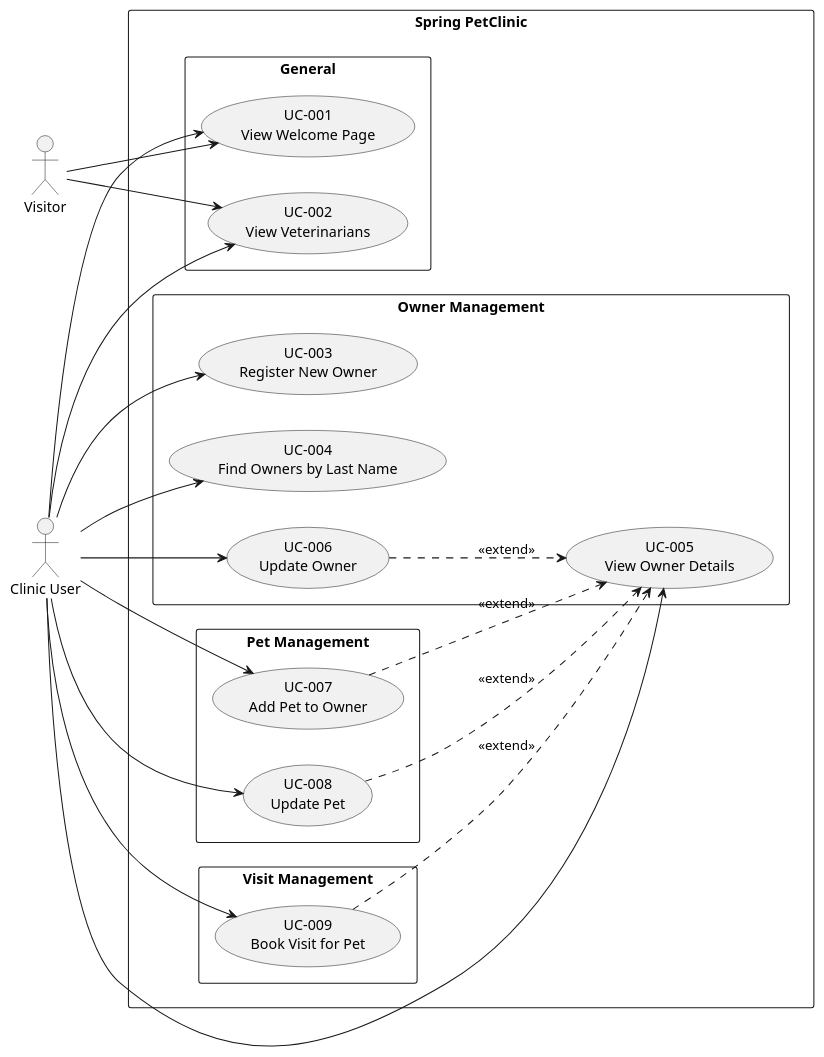
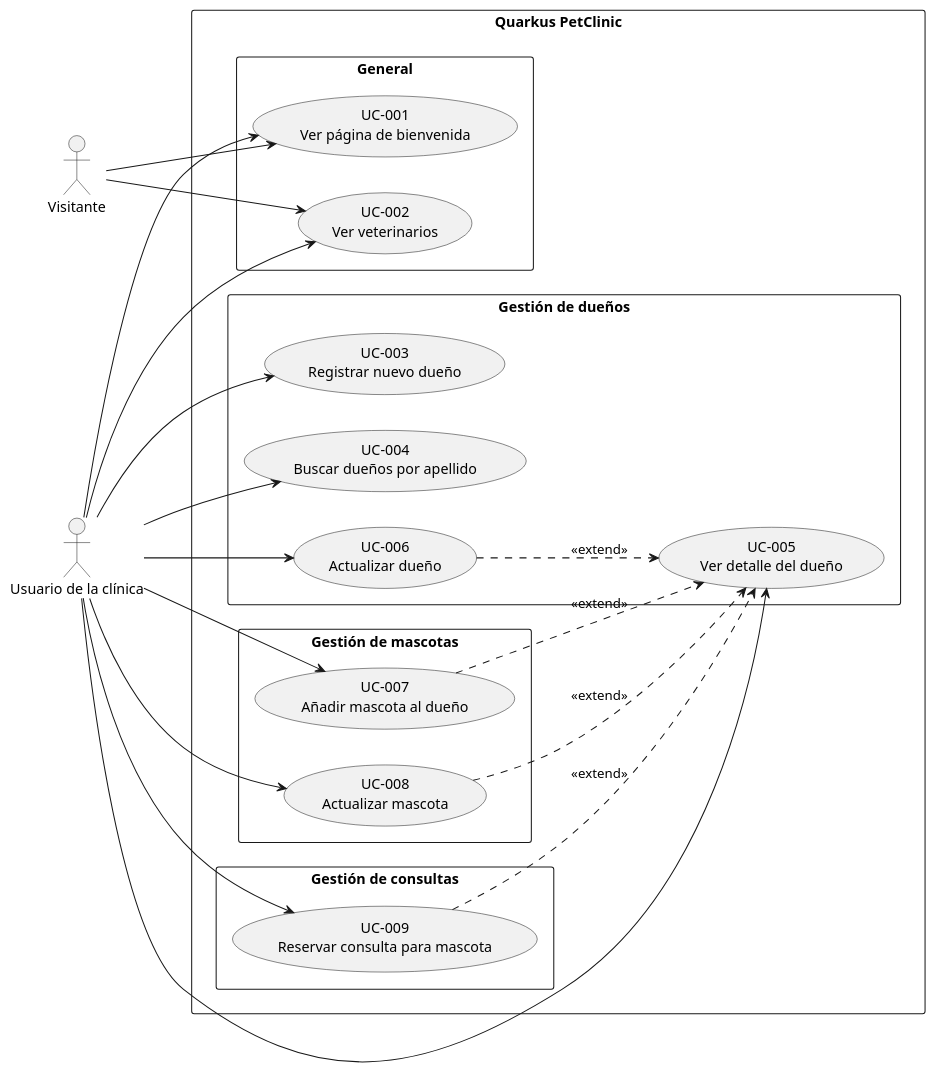
The diagram in docs/use_cases.puml (joedayz/sdd-petclinic), drawn with PlantUML before and after one commit. The commit also changed 20 other files, not shown here.

```diff
--- a/docs/use_cases.puml
+++ b/docs/use_cases.puml
@@ -1,53 +1,53 @@
-@startuml Use Cases Overview
+@startuml Resumen de casos de uso
 left to right direction
 skinparam packageStyle rectangle
 
-actor "Visitor" as visitor
-actor "Clinic User" as user
+actor "Visitante" as visitor
+actor "Usuario de la clínica" as user
 
-rectangle "Spring PetClinic" {
+rectangle "Quarkus PetClinic" {
 
     package "General" {
-        usecase "UC-001\nView Welcome Page" as UC001
-        usecase "UC-002\nView Veterinarians" as UC002
+        usecase "UC-001\nVer página de bienvenida" as UC001
+        usecase "UC-002\nVer veterinarios" as UC002
     }
 
-    package "Owner Management" {
-        usecase "UC-003\nRegister New Owner" as UC003
-        usecase "UC-004\nFind Owners by Last Name" as UC004
-        usecase "UC-005\nView Owner Details" as UC005
-        usecase "UC-006\nUpdate Owner" as UC006
+    package "Gestión de dueños" {
+        usecase "UC-003\nRegistrar nuevo dueño" as UC003
+        usecase "UC-004\nBuscar dueños por apellido" as UC004
+        usecase "UC-005\nVer detalle del dueño" as UC005
+        usecase "UC-006\nActualizar dueño" as UC006
     }
 
-    package "Pet Management" {
-        usecase "UC-007\nAdd Pet to Owner" as UC007
-        usecase "UC-008\nUpdate Pet" as UC008
+    package "Gestión de mascotas" {
+        usecase "UC-007\nAñadir mascota al dueño" as UC007
+        usecase "UC-008\nActualizar mascota" as UC008
     }
 
-    package "Visit Management" {
-        usecase "UC-009\nBook Visit for Pet" as UC009
+    package "Gestión de consultas" {
+        usecase "UC-009\nReservar consulta para mascota" as UC009
     }
 }
 
-' Visitor — anonymous, read-only access
+' Visitante — acceso anónimo, solo lectura
 visitor --> UC001
 visitor --> UC002
 
-' Clinic User — inherits visitor access plus management use cases
+' Usuario de la clínica — hereda acceso de visitante más casos de gestión
 user --> UC001
 user --> UC002
 user --> UC003
 user --> UC004
 user --> UC005
 user --> UC006
 user --> UC007
 user --> UC008
 user --> UC009
 
-' Relationships
+' Relaciones
 UC007 ..> UC005 : <<extend>>
 UC008 ..> UC005 : <<extend>>
 UC009 ..> UC005 : <<extend>>
 UC006 ..> UC005 : <<extend>>
 
 @enduml
```
